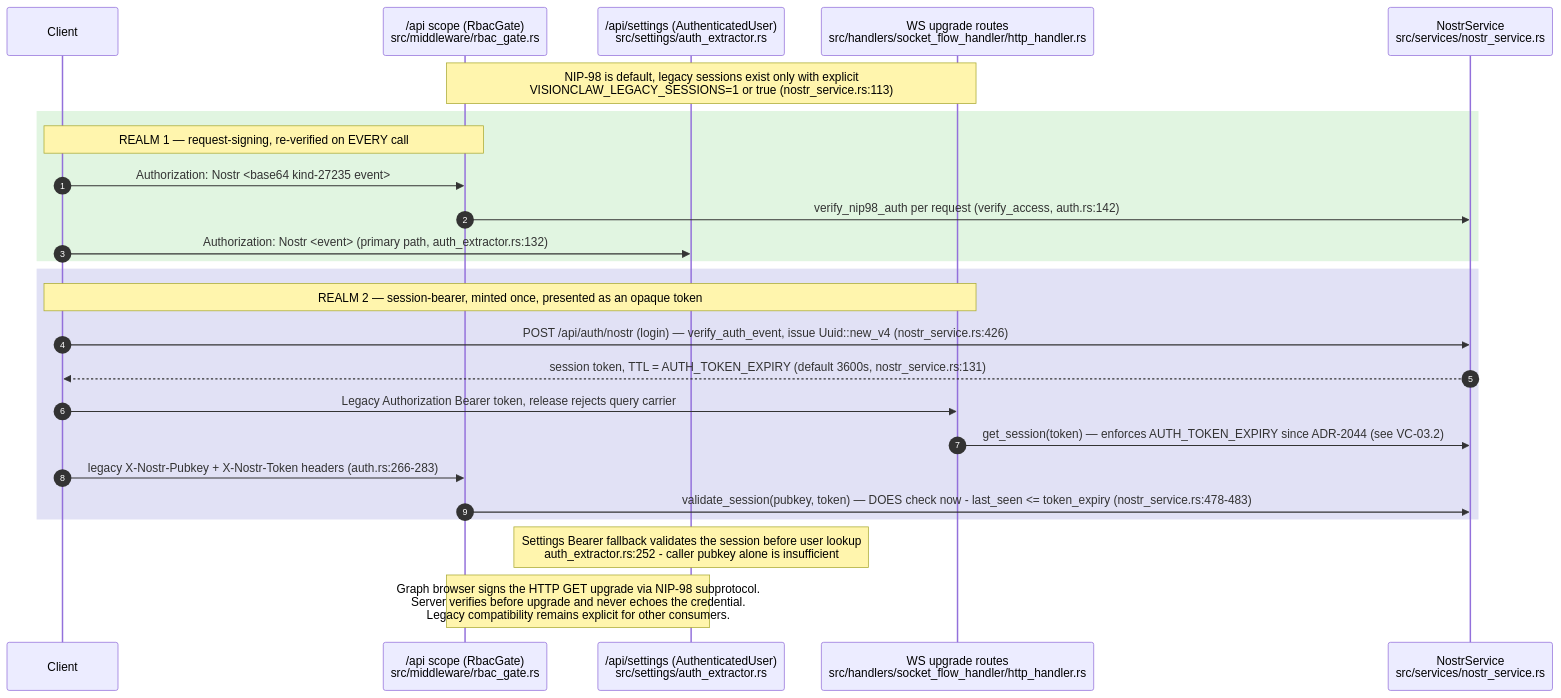
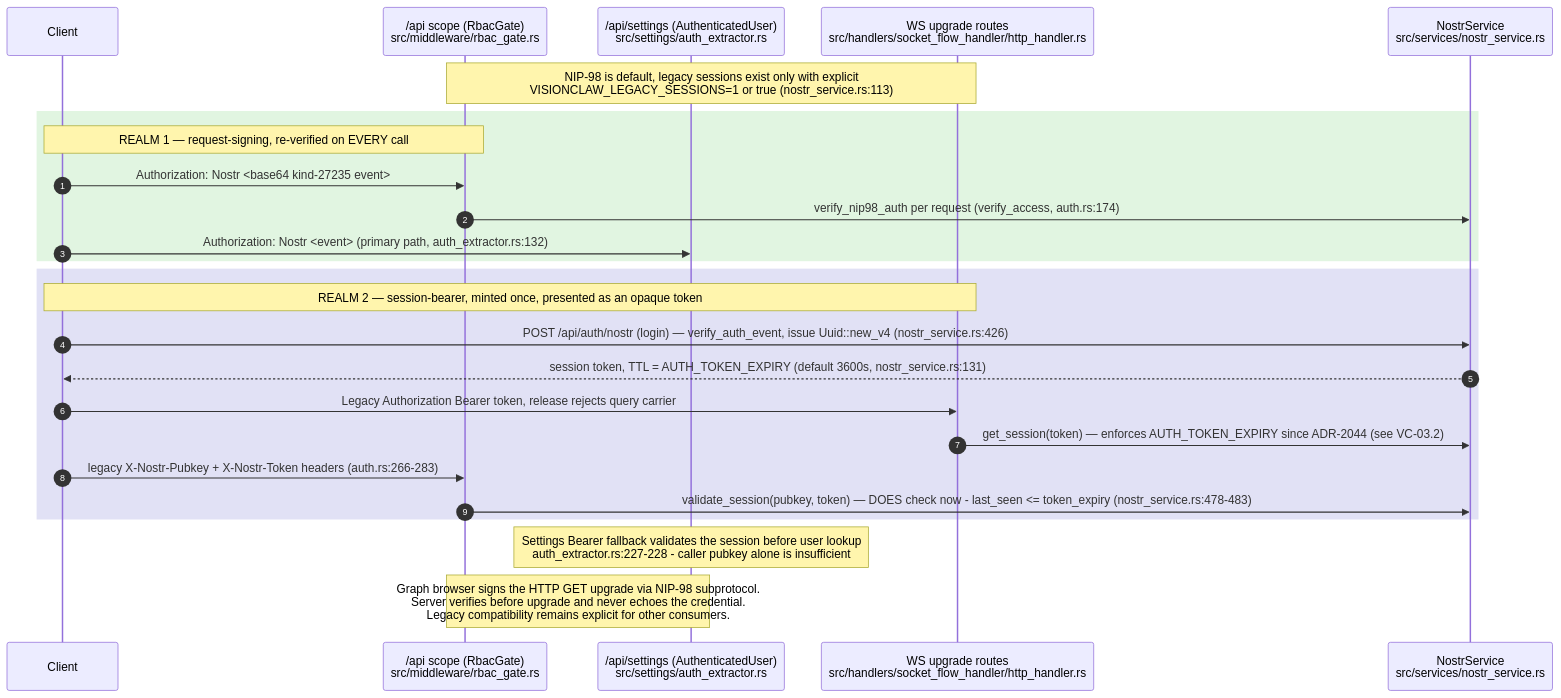
One commit to DreamLab-AI/VisionFlow changed the fifth of 14 diagrams in docs/diagrams/visionclaw/03-request-lifecycle-and-rbac.md. Above: the diagram before and after it, drawn with Mermaid. The commit also changed other lines of this file and 111 other files, not shown here.

Commit message:
docs(diagrams): align estate maps with current source

````diff
--- a/docs/diagrams/visionclaw/03-request-lifecycle-and-rbac.md
+++ b/docs/diagrams/visionclaw/03-request-lifecycle-and-rbac.md
@@ -262,28 +262,28 @@
 ```mermaid
 sequenceDiagram
     autonumber
     participant C as Client
     participant API as /api scope (RbacGate)<br/>src/middleware/rbac_gate.rs
     participant SET as /api/settings (AuthenticatedUser)<br/>src/settings/auth_extractor.rs
     participant WSy as WS upgrade routes<br/>src/handlers/socket_flow_handler/http_handler.rs
     participant NS as NostrService<br/>src/services/nostr_service.rs
 
     Note over API,WSy: NIP-98 is default, legacy sessions exist only with explicit<br/>VISIONCLAW_LEGACY_SESSIONS=1 or true (nostr_service.rs:113)
     rect rgb(225,245,225)
     Note over C,API: REALM 1 — request-signing, re-verified on EVERY call
     C->>API: Authorization: Nostr <base64 kind-27235 event>
-    API->>NS: verify_nip98_auth per request (verify_access, auth.rs:142)
+    API->>NS: verify_nip98_auth per request (verify_access, auth.rs:174)
     C->>SET: Authorization: Nostr <event> (primary path, auth_extractor.rs:132)
     end
     rect rgb(225,225,245)
     Note over C,WSy: REALM 2 — session-bearer, minted once, presented as an opaque token
     C->>NS: POST /api/auth/nostr (login) — verify_auth_event, issue Uuid::new_v4 (nostr_service.rs:426)
     NS-->>C: session token, TTL = AUTH_TOKEN_EXPIRY (default 3600s, nostr_service.rs:131)
     C->>WSy: Legacy Authorization Bearer token, release rejects query carrier
     WSy->>NS: get_session(token) — enforces AUTH_TOKEN_EXPIRY since ADR-2044 (see VC-03.2)
     C->>API: legacy X-Nostr-Pubkey + X-Nostr-Token headers (auth.rs:266-283)
     API->>NS: validate_session(pubkey, token) — DOES check now - last_seen <= token_expiry (nostr_service.rs:478-483)
     end
-    Note over SET: Settings Bearer fallback validates the session before user lookup<br/>auth_extractor.rs:252 - caller pubkey alone is insufficient
+    Note over SET: Settings Bearer fallback validates the session before user lookup<br/>auth_extractor.rs:227-228 - caller pubkey alone is insufficient
     Note over API,SET: Graph browser signs the HTTP GET upgrade via NIP-98 subprotocol.<br/>Server verifies before upgrade and never echoes the credential.<br/>Legacy compatibility remains explicit for other consumers.
 ```
````
